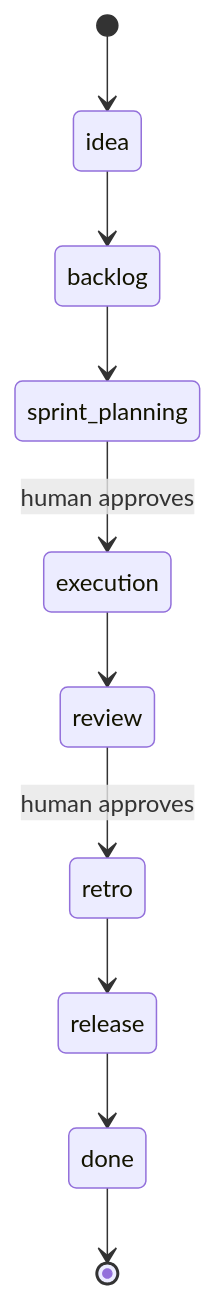
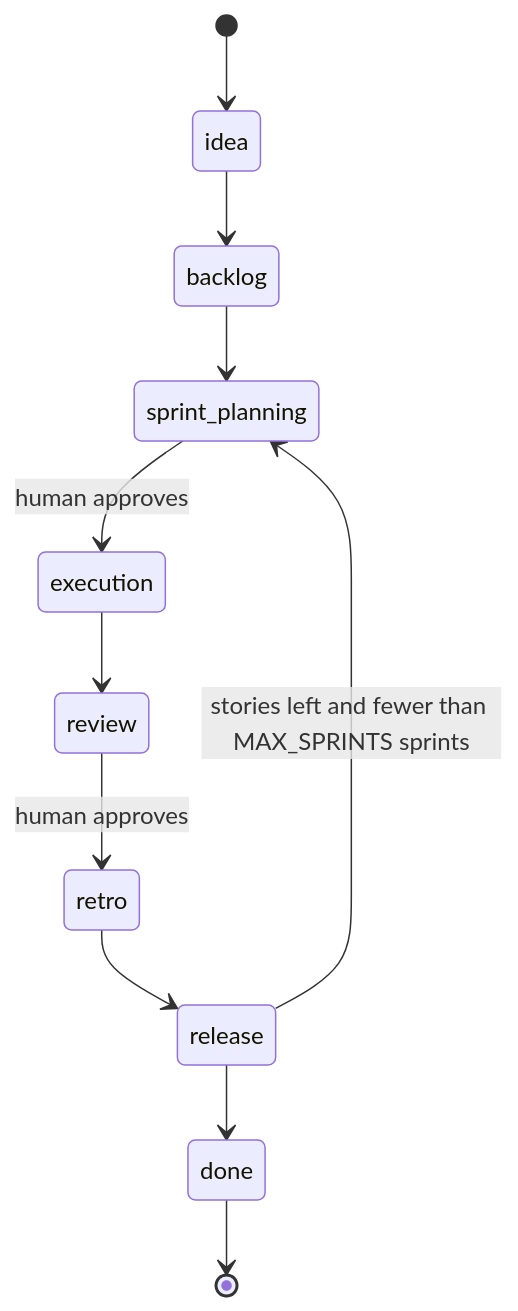
Before and after one commit to Muniya-64bit/scrum-agents-workbench: the second of 4 diagrams in docs/architecture.md, drawn with Mermaid. The commit also changed other lines of this file and 4 other files, not shown here.

````diff
--- a/docs/architecture.md
+++ b/docs/architecture.md
@@ -38,12 +38,13 @@
 ```mermaid
 stateDiagram-v2
   [*] --> idea
   idea --> backlog
   backlog --> sprint_planning
   sprint_planning --> execution: human approves
   execution --> review
   review --> retro: human approves
   retro --> release
+  release --> sprint_planning: stories left and fewer than MAX_SPRINTS sprints
   release --> done
   done --> [*]
 ```
````
